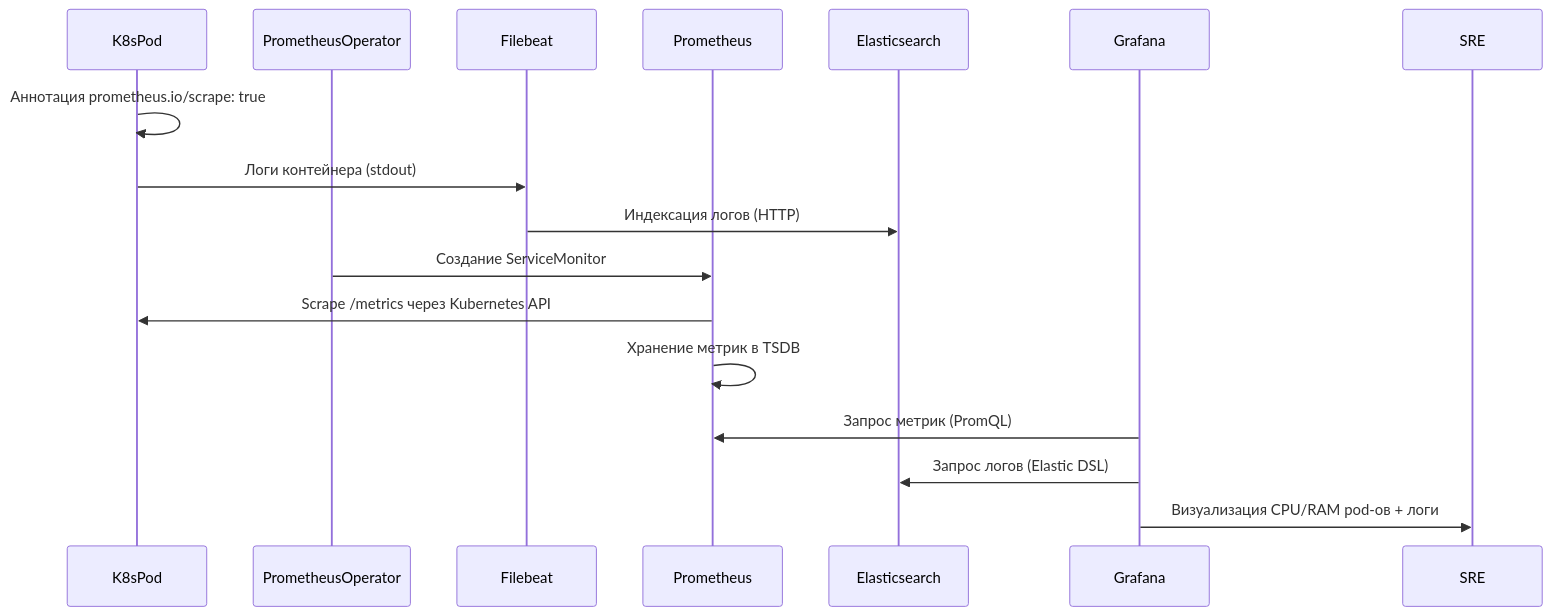
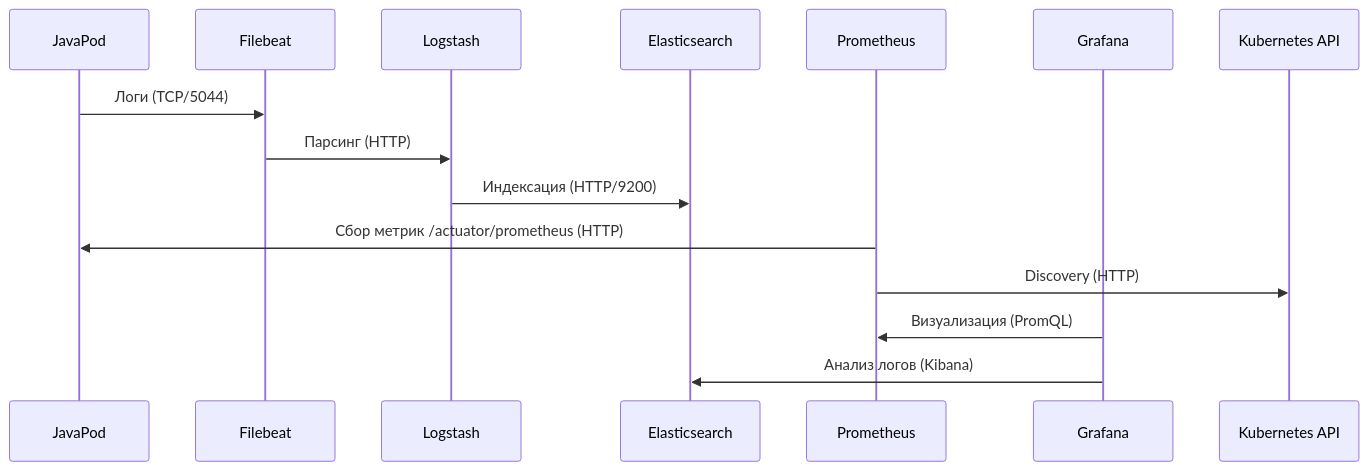
Before and after one commit to lamjob1993/linux-monitoring: the fourth of 5 diagrams in Introduction_monitoring/README.md, drawn with Mermaid. The commit also changed other lines of this file, not shown here.

````diff
--- a/Introduction_monitoring/README.md
+++ b/Introduction_monitoring/README.md
@@ -151,19 +154,17 @@
-```mermaid
-sequenceDiagram
-    participant K8sPod
-    participant PrometheusOperator
-    participant Filebeat
-    participant Prometheus
-    participant Elasticsearch
-    participant Grafana
+```mermaid  
+sequenceDiagram  
+    participant JavaPod  
+    participant Filebeat  
+    participant Logstash  
+    participant Elasticsearch  
+    participant Prometheus  
+    participant Grafana  
 
-    K8sPod->>K8sPod: Аннотация prometheus.io/scrape: true
-    K8sPod->>Filebeat: Логи контейнера (stdout)
-    Filebeat->>Elasticsearch: Индексация логов (HTTP)
-    PrometheusOperator->>Prometheus: Создание ServiceMonitor
-    Prometheus->>K8sPod: Scrape /metrics через Kubernetes API
-    Prometheus->>Prometheus: Хранение метрик в TSDB
-    Grafana->>Prometheus: Запрос метрик (PromQL)
-    Grafana->>Elasticsearch: Запрос логов (Elastic DSL)
-    Grafana->>SRE: Визуализация CPU/RAM pod-ов + логи
-```
+    JavaPod->>Filebeat: Логи (TCP/5044)  
+    Filebeat->>Logstash: Парсинг (HTTP)  
+    Logstash->>Elasticsearch: Индексация (HTTP/9200)  
+    Prometheus->>JavaPod: Сбор метрик /actuator/prometheus (HTTP)  
+    Prometheus->>Kubernetes API: Discovery (HTTP)  
+    Grafana->>Prometheus: Визуализация (PromQL)  
+    Grafana->>Elasticsearch: Анализ логов (Kibana)  
+```  
````
